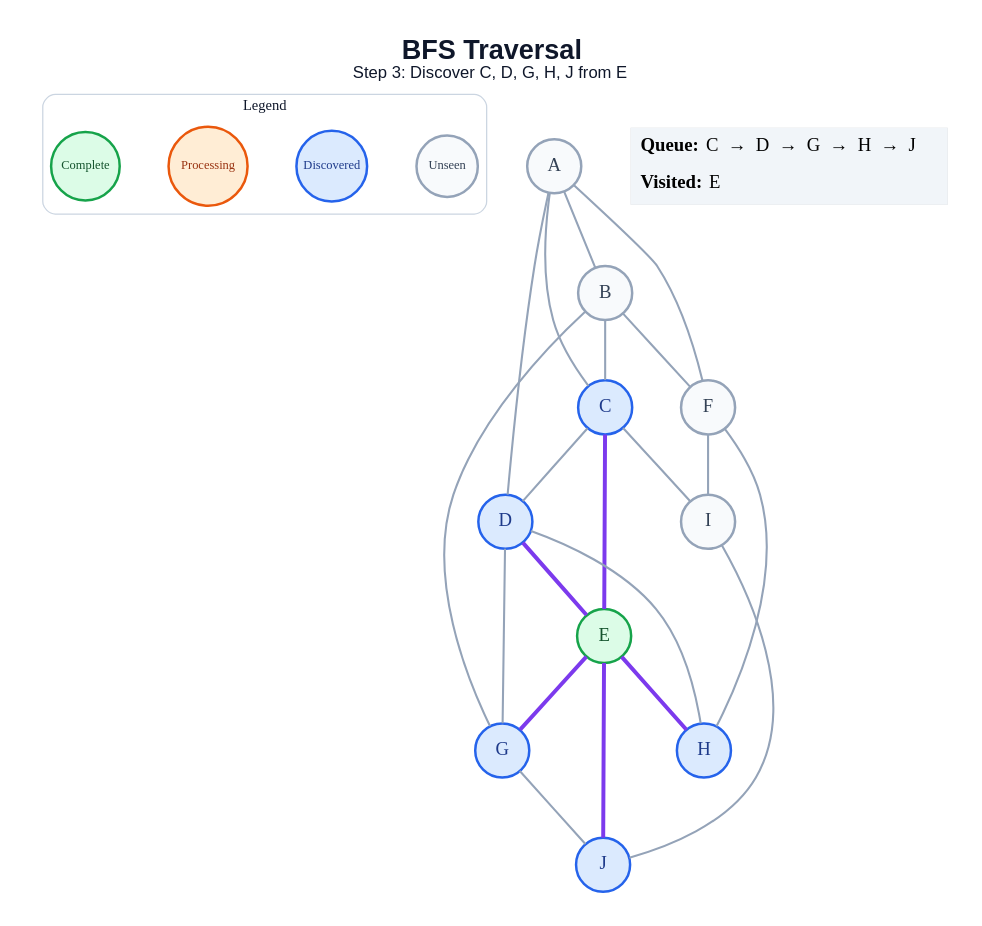
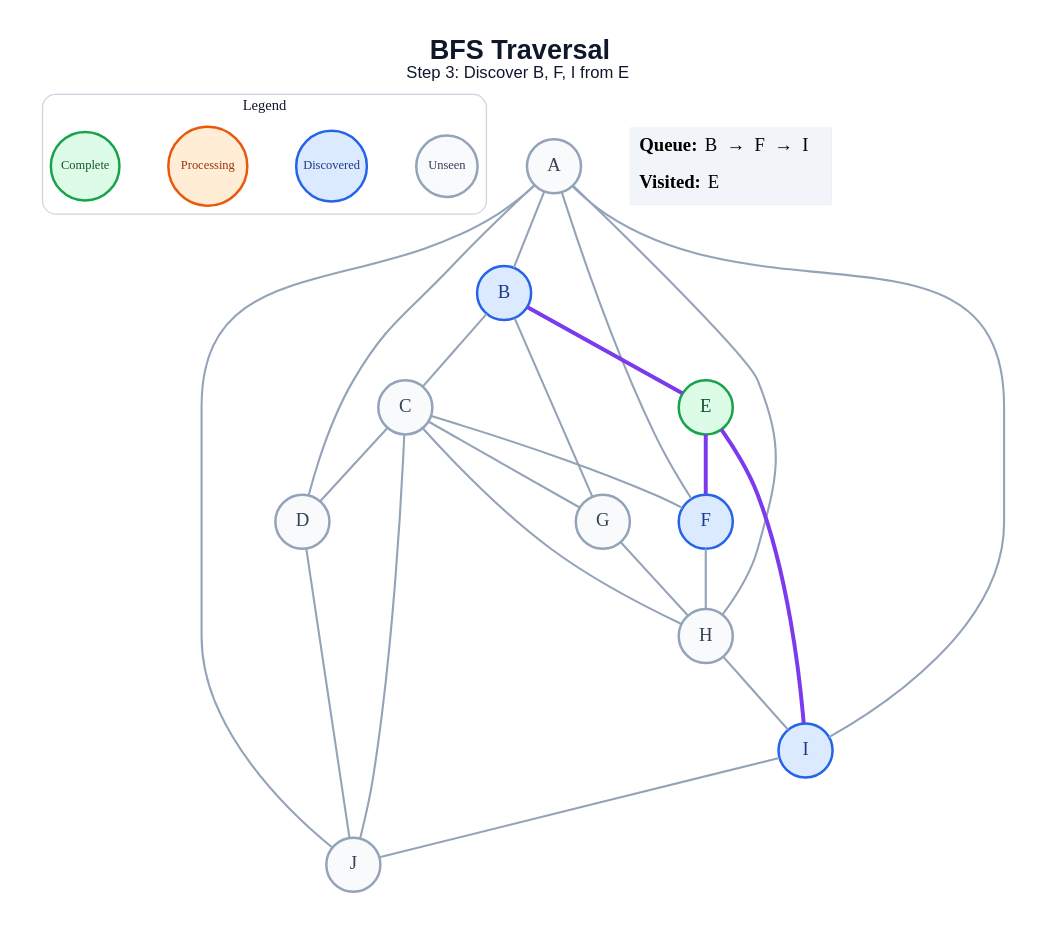
The diagram in generated/specific-node/bfs/step_03.dot (anon7238593-create/ai-slop), drawn with Graphviz before and after one commit. The commit also changed 178 other files, not shown here.

```diff
--- a/generated/specific-node/bfs/step_03.dot
+++ b/generated/specific-node/bfs/step_03.dot
@@ -1,49 +1,50 @@
 graph traversal {
   graph [layout=dot, rankdir=TB, bgcolor="#FFFFFF", pad="0.35", nodesep="0.65", ranksep="0.8", fontname="Arial"];
   node [shape=circle, style="filled", fontname="Arial Bold", fontsize=18, width=0.72, fixedsize=true, penwidth=2.4];
   edge [color="#94A3B8", penwidth=2.0];
-  label=<<B>BFS Traversal</B><BR/><FONT POINT-SIZE="16">Step 3: Discover C, D, G, H, J from E</FONT>>; labelloc="t"; fontsize=26; fontname="Arial"; fontcolor="#0F172A";
+  label=<<B>BFS Traversal</B><BR/><FONT POINT-SIZE="16">Step 3: Discover B, F, I from E</FONT>>; labelloc="t"; fontsize=26; fontname="Arial"; fontcolor="#0F172A";
   subgraph cluster_legend { label="Legend"; color="#CBD5E1"; penwidth=1.2; style="rounded"; fontsize=14; fontname="Arial Bold";
     key_unseen [label="Unseen", fillcolor="#F8FAFC", color="#94A3B8", fontcolor="#334155", fontsize=12, width=0.82];
     key_frontier [label="Discovered", fillcolor="#DBEAFE", color="#2563EB", fontcolor="#1E3A8A", fontsize=12, width=0.95];
     key_current [label="Processing", fillcolor="#FFEDD5", color="#EA580C", fontcolor="#9A3412", fontsize=12, width=1.05];
     key_done [label="Complete", fillcolor="#DCFCE7", color="#16A34A", fontcolor="#14532D", fontsize=12, width=0.92];
     { rank=same; key_unseen; key_frontier; key_current; key_done; }
   }
   A [fillcolor="#F8FAFC", color="#94A3B8", fontcolor="#334155"];
-  B [fillcolor="#F8FAFC", color="#94A3B8", fontcolor="#334155"];
-  C [fillcolor="#DBEAFE", color="#2563EB", fontcolor="#1E3A8A"];
-  D [fillcolor="#DBEAFE", color="#2563EB", fontcolor="#1E3A8A"];
+  B [fillcolor="#DBEAFE", color="#2563EB", fontcolor="#1E3A8A"];
+  C [fillcolor="#F8FAFC", color="#94A3B8", fontcolor="#334155"];
+  D [fillcolor="#F8FAFC", color="#94A3B8", fontcolor="#334155"];
   E [fillcolor="#DCFCE7", color="#16A34A", fontcolor="#14532D"];
-  F [fillcolor="#F8FAFC", color="#94A3B8", fontcolor="#334155"];
-  G [fillcolor="#DBEAFE", color="#2563EB", fontcolor="#1E3A8A"];
-  H [fillcolor="#DBEAFE", color="#2563EB", fontcolor="#1E3A8A"];
-  I [fillcolor="#F8FAFC", color="#94A3B8", fontcolor="#334155"];
-  J [fillcolor="#DBEAFE", color="#2563EB", fontcolor="#1E3A8A"];
+  F [fillcolor="#DBEAFE", color="#2563EB", fontcolor="#1E3A8A"];
+  G [fillcolor="#F8FAFC", color="#94A3B8", fontcolor="#334155"];
+  H [fillcolor="#F8FAFC", color="#94A3B8", fontcolor="#334155"];
+  I [fillcolor="#DBEAFE", color="#2563EB", fontcolor="#1E3A8A"];
+  J [fillcolor="#F8FAFC", color="#94A3B8", fontcolor="#334155"];
   A -- B;
-  A -- C;
   A -- D;
   A -- F;
+  A -- H;
+  A -- I;
+  A -- J;
   B -- C;
-  B -- F;
+  B -- E [color="#7C3AED", penwidth=3.8];
   B -- G;
   C -- D;
-  C -- E [color="#7C3AED", penwidth=3.8];
-  C -- I;
-  D -- E [color="#7C3AED", penwidth=3.8];
-  D -- G;
-  D -- H;
-  E -- G [color="#7C3AED", penwidth=3.8];
-  E -- H [color="#7C3AED", penwidth=3.8];
-  E -- J [color="#7C3AED", penwidth=3.8];
+  C -- F;
+  C -- G;
+  C -- H;
+  C -- J;
+  D -- J;
+  E -- F [color="#7C3AED", penwidth=3.8];
+  E -- I [color="#7C3AED", penwidth=3.8];
   F -- H;
-  F -- I;
-  G -- J;
+  G -- H;
+  H -- I;
   I -- J;
   status [shape=plain, fixedsize=false, width=0, height=0, margin=0, label=<
     <TABLE BORDER="0" CELLBORDER="0" CELLPADDING="7" BGCOLOR="#F1F5F9">
-      <TR><TD ALIGN="LEFT"><B>Queue:</B> C  →  D  →  G  →  H  →  J</TD></TR>
+      <TR><TD ALIGN="LEFT"><B>Queue:</B> B  →  F  →  I</TD></TR>
       <TR><TD ALIGN="LEFT"><B>Visited:</B> E</TD></TR>
     </TABLE>
   >];
 }
```
